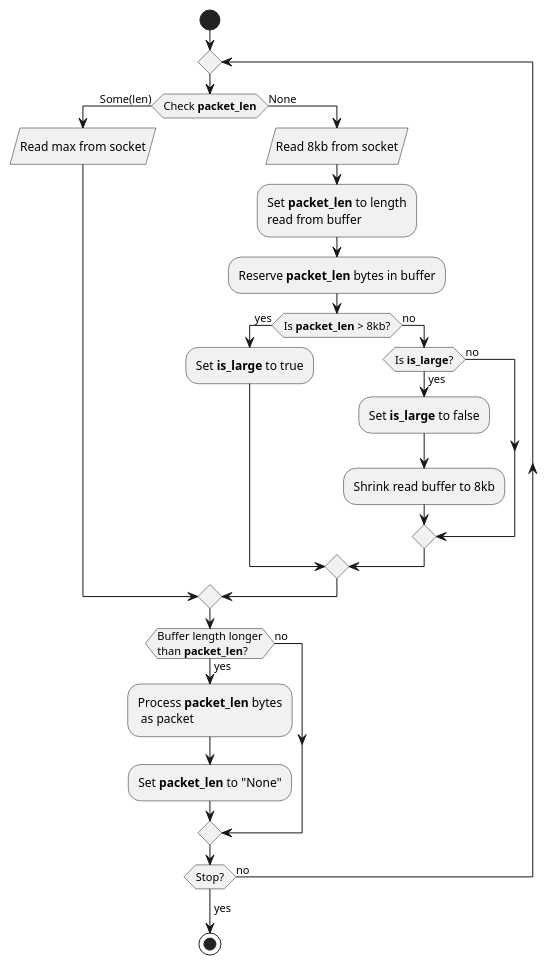
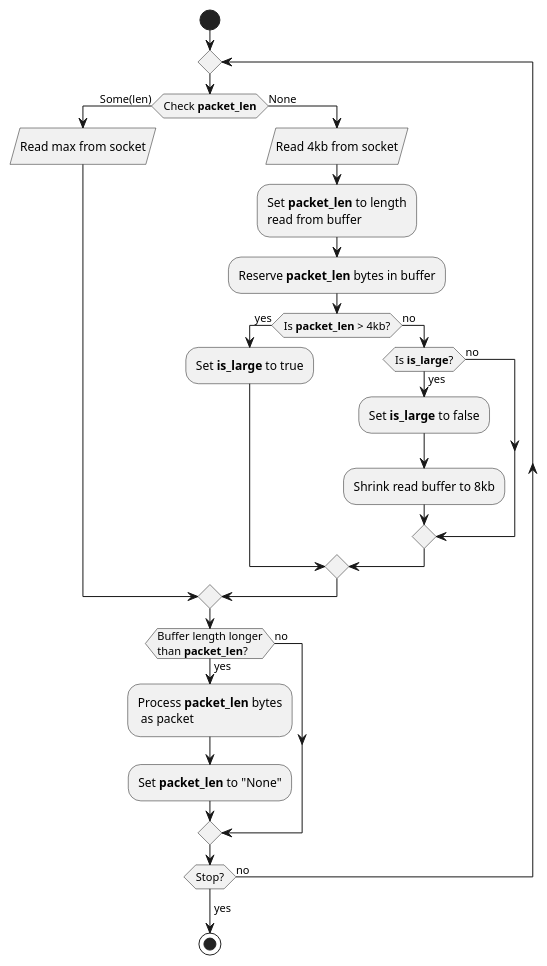
Before and after one commit to FalconMC-Dev/docs: the first of 2 diagrams in src/falconmc/developer/networking.md, drawn with PlantUML. The commit also changed other lines of this file and 1 other file, not shown here.

Commit message:
Update architecture and network

````diff
--- a/src/falconmc/developer/networking.md
+++ b/src/falconmc/developer/networking.md
@@ -10,30 +12,30 @@
 ```plantuml
 @startuml
 start
 repeat
 if (Check <b>packet_len</b>) then (Some(len))
     :Read max from socket/
 else (None)
-    :Read 8kb from socket/
+    :Read 4kb from socket/
     :Set <b>packet_len</b> to length\nread from buffer;
     :Reserve <b>packet_len</b> bytes in buffer;
-    if (Is <b>packet_len</b> > 8kb?) then (yes)
+    if (Is <b>packet_len</b> > 4kb?) then (yes)
         :Set <b>is_large</b> to true;
     else (no)
         if (Is <b>is_large</b>?) then (yes)
             :Set <b>is_large</b> to false;
             :Shrink read buffer to 8kb;
         else (no)
         endif
     endif
 endif
 if (Buffer length longer\nthan <b>packet_len</b>?) then (yes)
     :Process <b>packet_len</b> bytes\n as packet;
     :Set <b>packet_len</b> to "None";
 else (no)
 endif
 repeat while (Stop?) is (no)
 ->yes;
 stop
 @enduml
 ```
````
